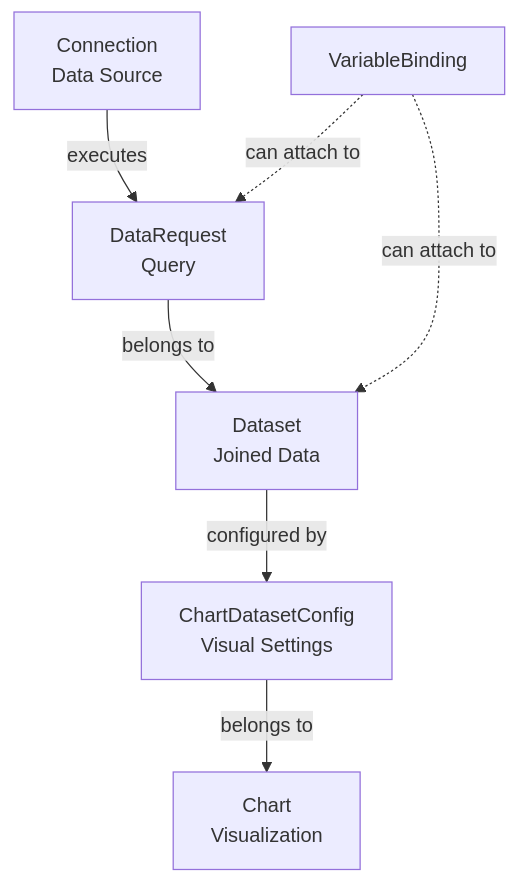
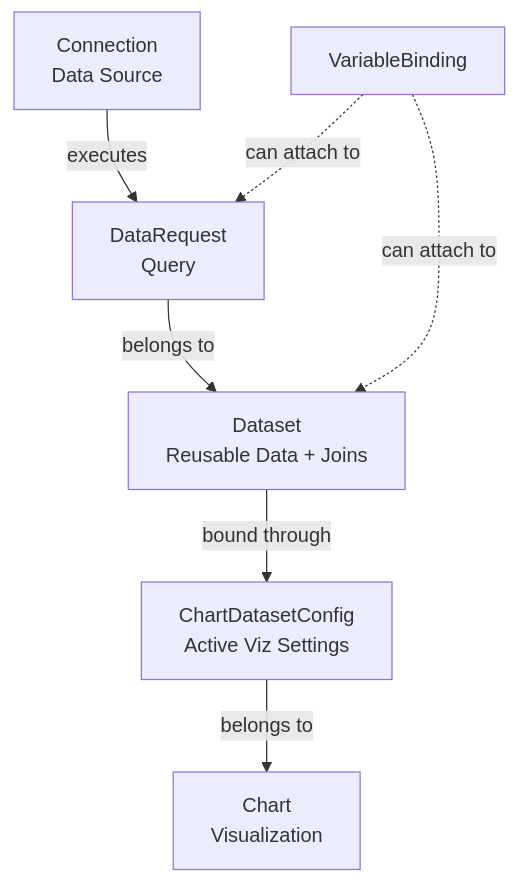
Before and after one commit to Mu-L/chartbrew: the diagram in server/docs/agents/data-visualization-pipeline.md, drawn with Mermaid. The commit also changed other lines of this file and 31 other files, not shown here.

````diff
--- a/server/docs/agents/data-visualization-pipeline.md
+++ b/server/docs/agents/data-visualization-pipeline.md
@@ -9,10 +9,10 @@
 ```mermaid
 flowchart TD
     Connection[Connection<br/>Data Source] -->|executes| DataRequest[DataRequest<br/>Query]
-    DataRequest -->|belongs to| Dataset[Dataset<br/>Joined Data]
-    Dataset -->|configured by| ChartDatasetConfig[ChartDatasetConfig<br/>Visual Settings]
+    DataRequest -->|belongs to| Dataset[Dataset<br/>Reusable Data + Joins]
+    Dataset -->|bound through| ChartDatasetConfig[ChartDatasetConfig<br/>Active Viz Settings]
     ChartDatasetConfig -->|belongs to| Chart[Chart<br/>Visualization]
     
     VariableBinding[VariableBinding] -.->|can attach to| DataRequest
     VariableBinding -.->|can attach to| Dataset
 ```
````
